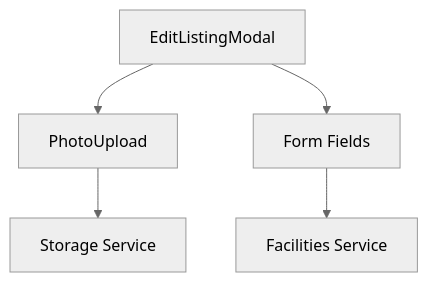
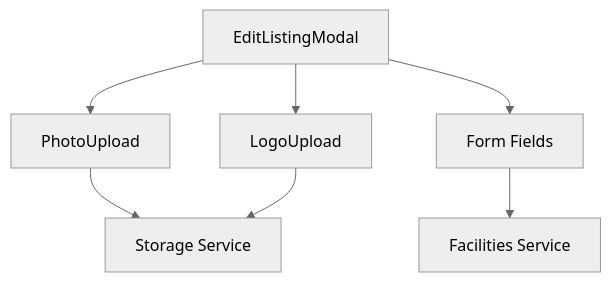
One commit to parlakyan/beginrecovery changed the second of 2 diagrams in docs/COMPONENTS.md. Above: the diagram before and after it, drawn with Mermaid (neutral theme). The commit also changed other lines of this file and 5 other files, not shown here.

````diff
--- a/docs/COMPONENTS.md
+++ b/docs/COMPONENTS.md
@@ -129,7 +161,9 @@
 ```mermaid
 graph TD
     A[EditListingModal] --> B[PhotoUpload]
-    A --> C[Form Fields]
-    B --> D[Storage Service]
-    C --> E[Facilities Service]
+    A --> C[LogoUpload]
+    A --> D[Form Fields]
+    B --> E[Storage Service]
+    C --> E
+    D --> F[Facilities Service]
 ```
````
